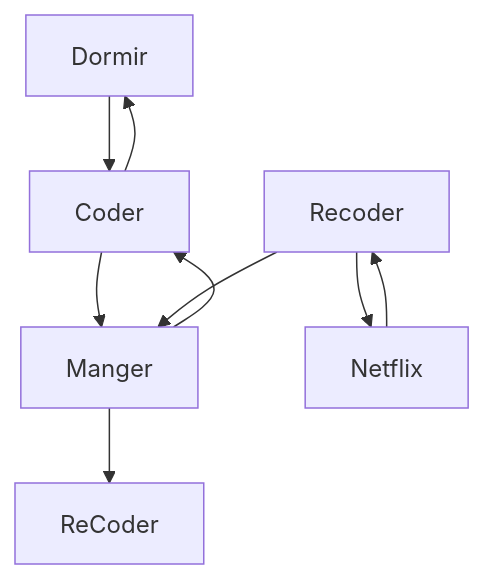
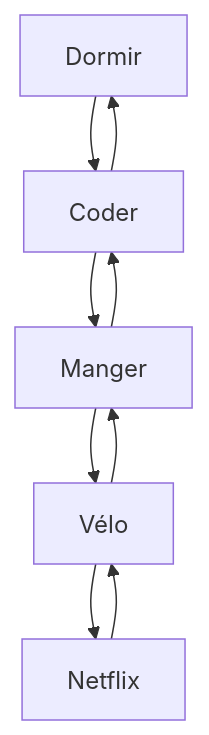
Before and after one commit to itzzenfant/leenfant: the diagram in README.md, drawn with Mermaid.

````diff
--- a/README.md
+++ b/README.md
@@ -10,11 +10,11 @@
 ```mermaid 
     graph TD;
     Dormir-->Coder;
     Coder-->Manger;
-    Manger-->ReCoder;
-    Recoder-->Netflix;
-    Netflix-->Recoder;
-    Recoder-->Manger;
+    Manger-->Vélo;
+    Vélo-->Netflix;
+    Netflix-->Vélo;
+    Vélo-->Manger;
     Manger-->Coder;
     Coder-->Dormir;
 ```
````
